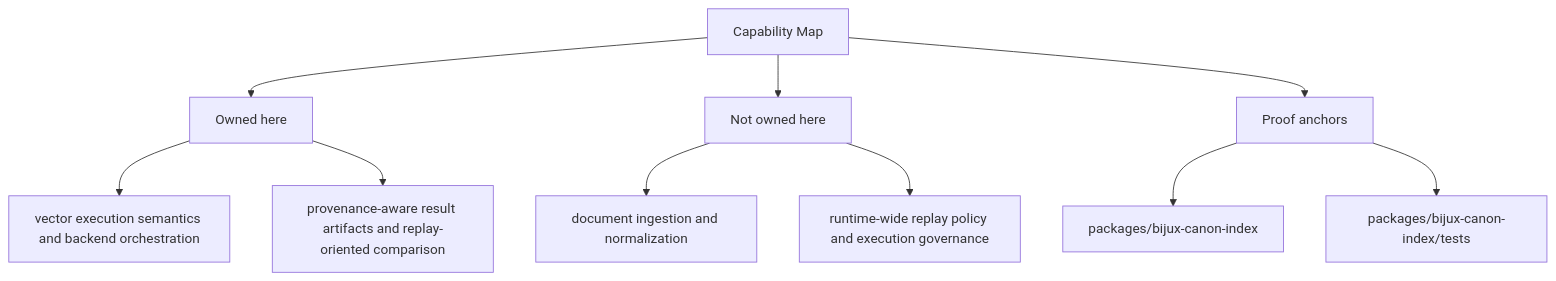
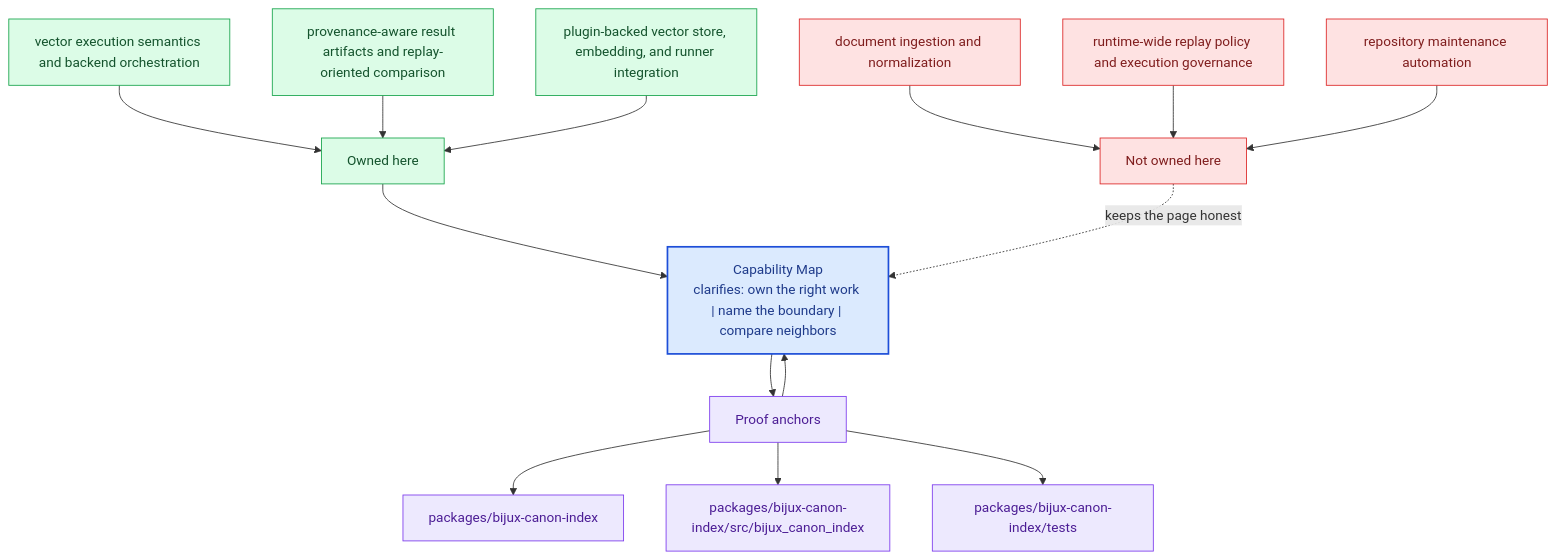
The second of 2 diagrams in docs/bijux-canon-index/foundation/capability-map.md (bijux/bijux-canon), drawn with Mermaid before and after one commit. The commit also changed other lines of this file and 281 other files, not shown here.

Commit message:
docs(diagrams): deepen handbook mermaid maps across the catalog

````diff
--- a/docs/bijux-canon-index/foundation/capability-map.md
+++ b/docs/bijux-canon-index/foundation/capability-map.md
@@ -35,22 +68,40 @@
 ```mermaid
-flowchart TD
-    page["Capability Map"]
+flowchart TB
+    promise["Capability Map<br/>clarifies: own the right work | name the boundary | compare neighbors"]
+    classDef promise fill:#dbeafe,stroke:#1d4ed8,color:#1e3a8a,stroke-width:2px;
+    classDef driver fill:#dcfce7,stroke:#16a34a,color:#14532d;
+    classDef constraint fill:#fee2e2,stroke:#dc2626,color:#7f1d1d;
+    classDef ground fill:#ede9fe,stroke:#7c3aed,color:#4c1d95;
     focus1["Owned here"]
-    page --> focus1
+    focus1 --> promise
     focus1_1["vector execution semantics and backend orchestration"]
-    focus1 --> focus1_1
+    focus1_1 --> focus1
     focus1_2["provenance-aware result artifacts and replay-oriented comparison"]
-    focus1 --> focus1_2
+    focus1_2 --> focus1
+    focus1_3["plugin-backed vector store, embedding, and runner integration"]
+    focus1_3 --> focus1
+    class focus1 driver;
+    class focus1_1,focus1_2,focus1_3 driver;
     focus2["Not owned here"]
-    page --> focus2
+    focus2 -.keeps the page honest.-> promise
     focus2_1["document ingestion and normalization"]
-    focus2 --> focus2_1
+    focus2_1 --> focus2
     focus2_2["runtime-wide replay policy and execution governance"]
-    focus2 --> focus2_2
+    focus2_2 --> focus2
+    focus2_3["repository maintenance automation"]
+    focus2_3 --> focus2
+    class focus2 constraint;
+    class focus2_1,focus2_2,focus2_3 constraint;
     focus3["Proof anchors"]
-    page --> focus3
+    focus3 --> promise
+    promise --> focus3
     focus3_1["packages/bijux-canon-index"]
     focus3 --> focus3_1
-    focus3_2["packages/bijux-canon-index/tests"]
+    focus3_2["packages/bijux-canon-index/src/bijux_canon_index"]
     focus3 --> focus3_2
+    focus3_3["packages/bijux-canon-index/tests"]
+    focus3 --> focus3_3
+    class focus3 ground;
+    class focus3_1,focus3_2,focus3_3 ground;
+    class promise promise;
 ```
````
